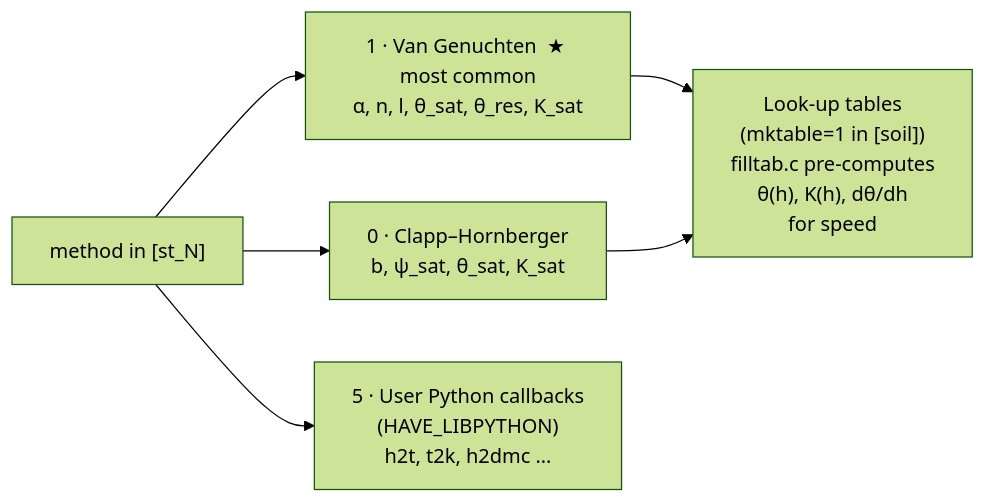
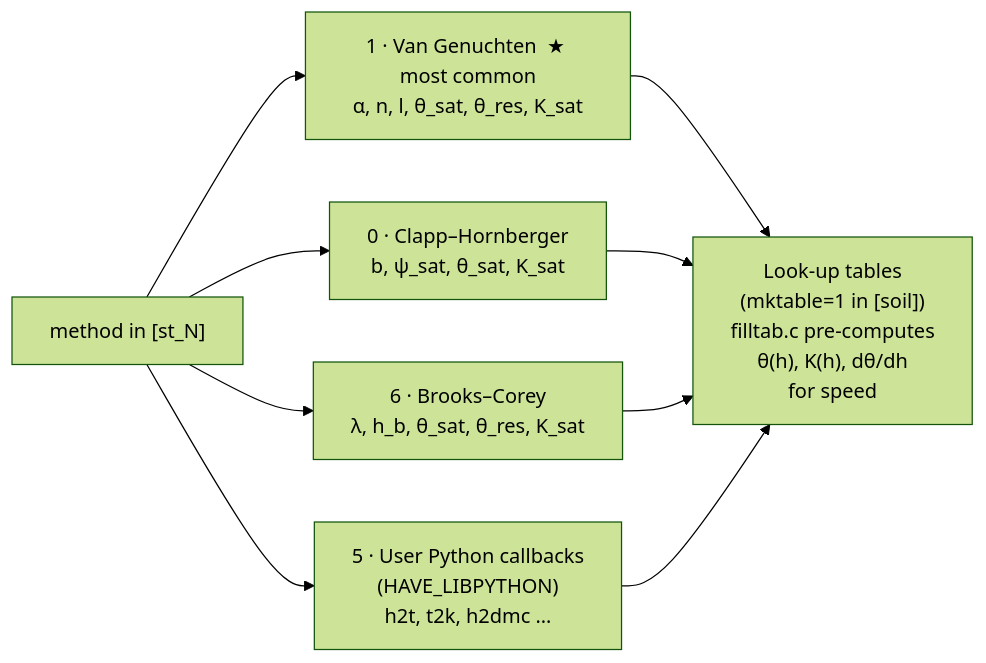
Before and after one commit to jaapschellekens/vampspy: the tenth of 11 diagrams in docs/architecture.md, drawn with Mermaid (forest theme). The commit also changed other lines of this file and 10 other files, not shown here.

````diff
--- a/docs/architecture.md
+++ b/docs/architecture.md
@@ -362,10 +363,13 @@
 ```mermaid
 flowchart LR
     M["method in [st_N]"]
     M --> M0["0 · Clapp–Hornberger\nb, ψ_sat, θ_sat, K_sat"]
     M --> M1["1 · Van Genuchten  ★ most common\nα, n, l, θ_sat, θ_res, K_sat"]
+    M --> M6["6 · Brooks–Corey\nλ, h_b, θ_sat, θ_res, K_sat"]
     M --> M5["5 · User Python callbacks\n(HAVE_LIBPYTHON)\nh2t, t2k, h2dmc …"]
 
     M1 --> LUT["Look-up tables\n(mktable=1 in [soil])\nfilltab.c pre-computes\nθ(h), K(h), dθ/dh\nfor speed"]
     M0 --> LUT
+    M6 --> LUT
+    M5 --> LUT
 ```
````
